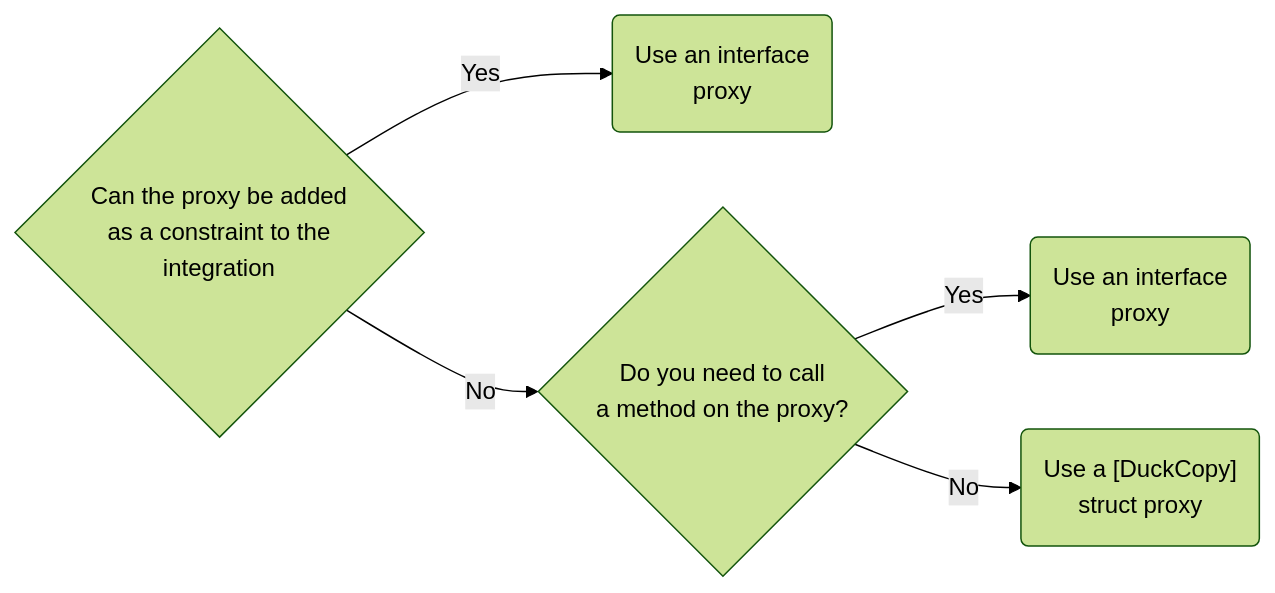
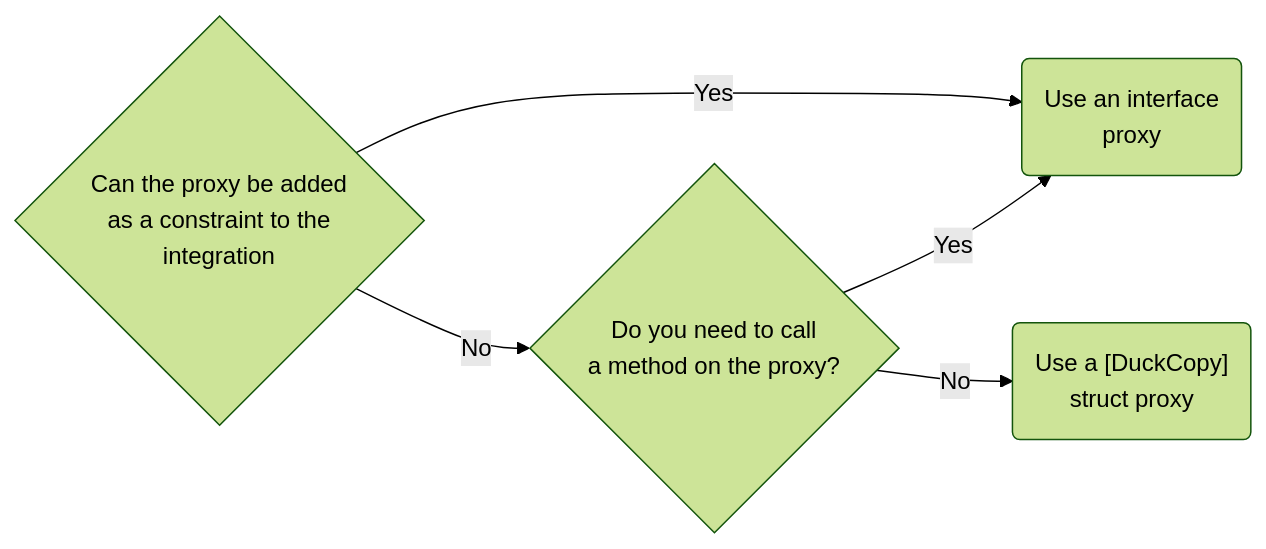
The diagram in docs/development/DuckTyping.md (DataDog/dd-trace-dotnet), drawn with Mermaid (forest theme) before and after one commit.

Commit message:
Combine states

````diff
--- a/docs/development/DuckTyping.md
+++ b/docs/development/DuckTyping.md
@@ -353,13 +353,12 @@
 ```mermaid
 flowchart LR
-    q1{Can the proxy be added<br />as a constraint to the<br/>integration} 
-    result1(Use an interface<br/ >proxy)
-    q2{Do you need to call<br />a method on the proxy?} 
-    result2(Use an interface<br />proxy)
-    result3("Use a [DuckCopy]<br />struct proxy")
+    constraint{Can the proxy be added<br />as a constraint to the<br/>integration} 
+    interface(Use an interface<br/ >proxy)
+    method{Do you need to call<br />a method on the proxy?} 
+    struct("Use a [DuckCopy]<br />struct proxy")
 
-    q1 -- Yes --> result1
-    q1 -- No --> q2
-    q2 -- Yes --> result2
-    q2 -- No --> result3
+    constraint -- Yes --> interface
+    constraint -- No --> method
+    method -- Yes --> interface
+    method -- No --> struct
 ```
````
